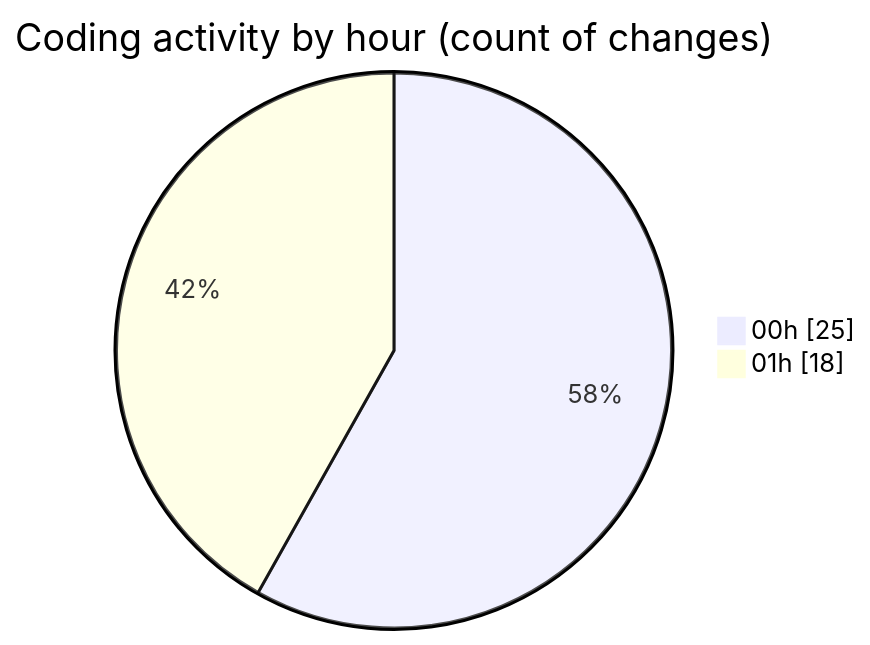
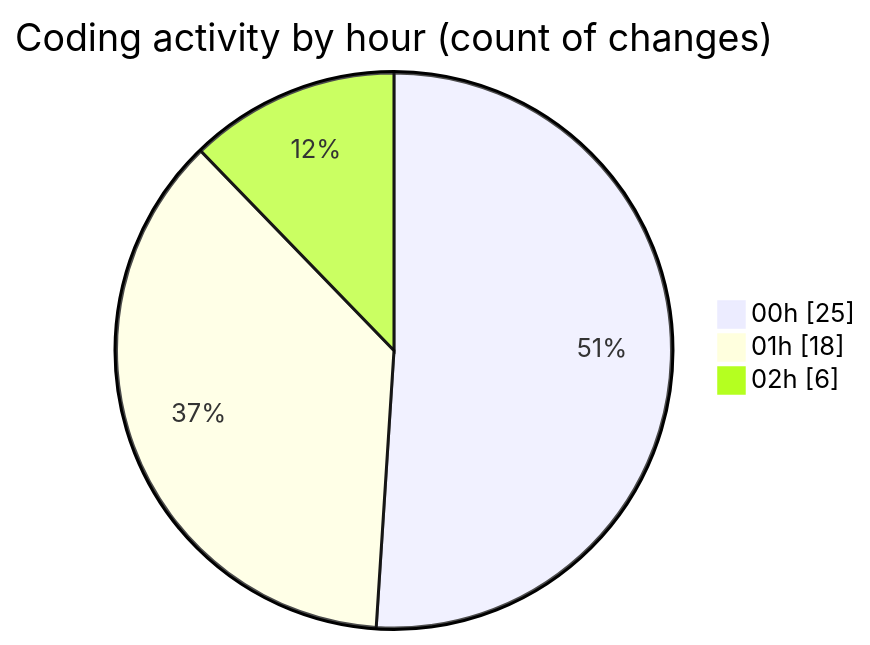
Before and after one commit to EIIisD/code-tracking: the second of 2 diagrams in 2025-07-18/ribbon/README.md, drawn with Mermaid. The commit also changed other lines of this file and 1 other file, not shown here.

````diff
--- a/2025-07-18/ribbon/README.md
+++ b/2025-07-18/ribbon/README.md
@@ -36,6 +37,7 @@
 ```mermaid
 pie showData
 title Coding activity by hour (count of changes)
 "00h" : 25
 "01h" : 18
+"02h" : 6
 ```
````
